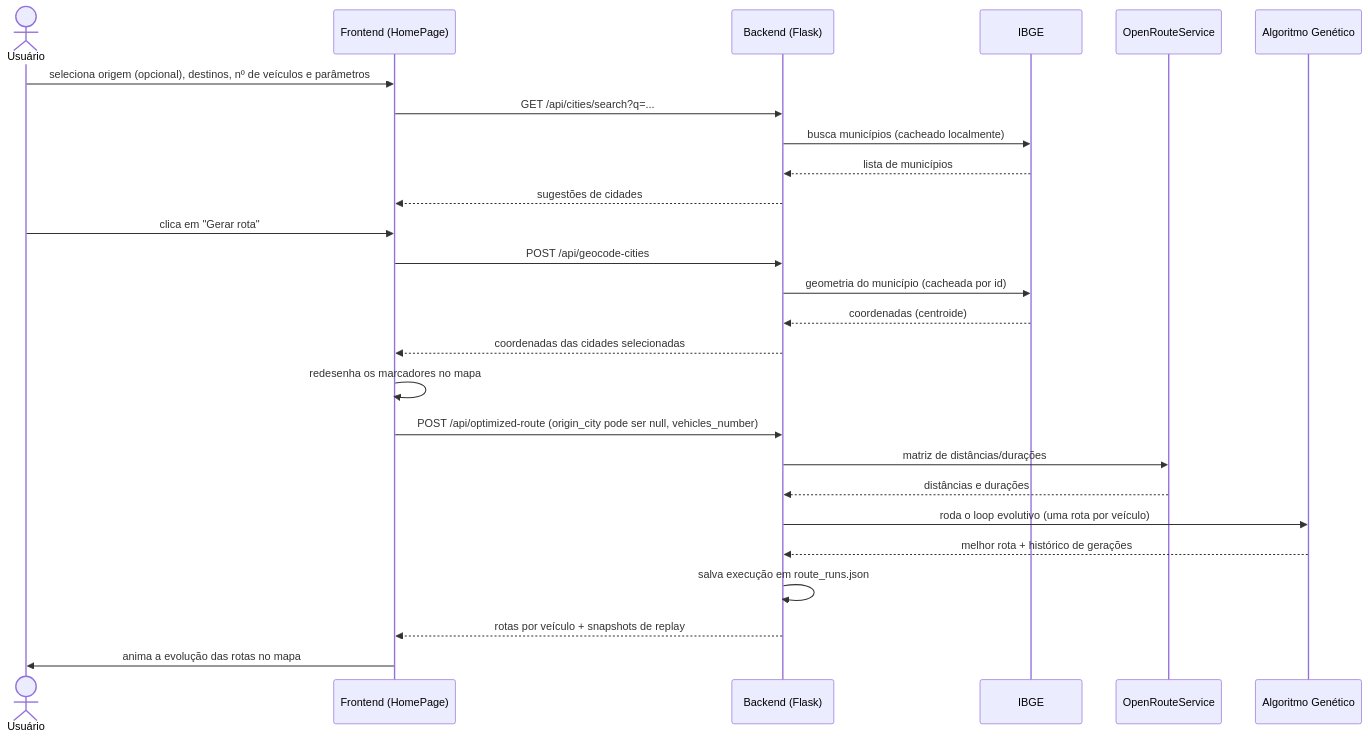
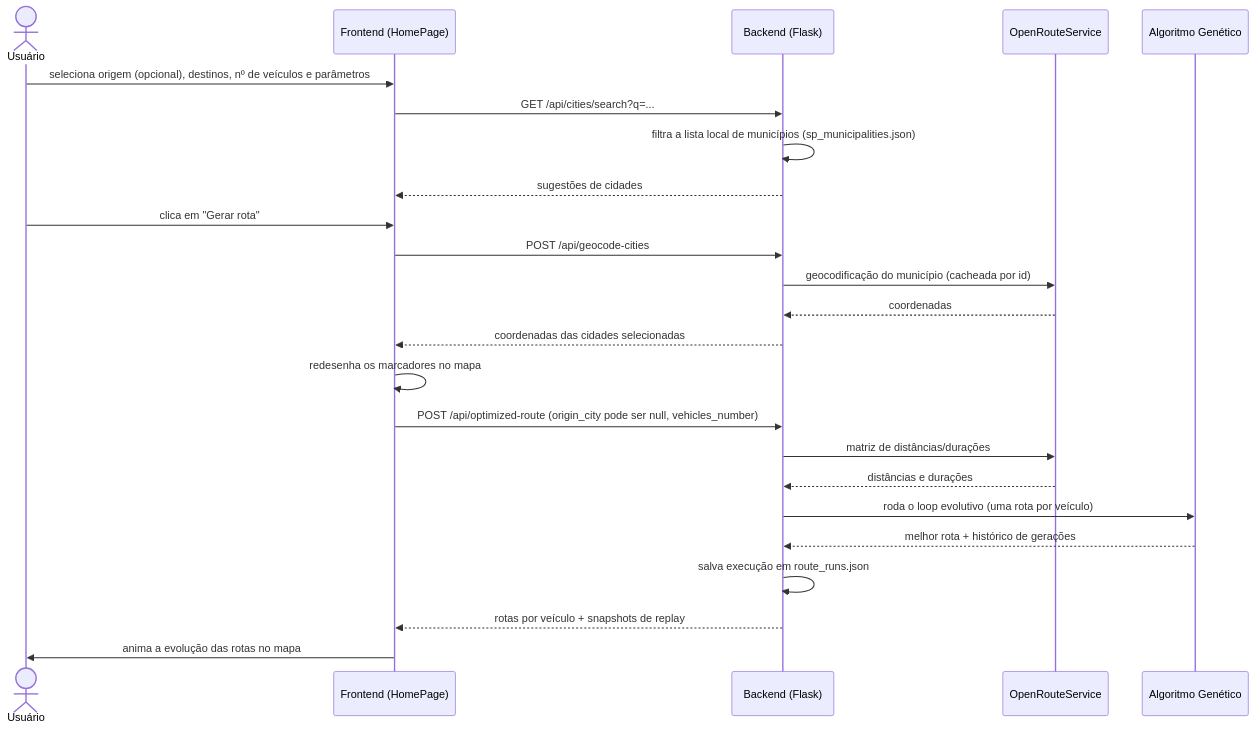
The second of 4 diagrams in docs/ARCHITECTURE.md (bmgbianca/tech_challenge_fase2), drawn with Mermaid before and after one commit. The commit also changed other lines of this file and 5 other files, not shown here.

````diff
--- a/docs/ARCHITECTURE.md
+++ b/docs/ARCHITECTURE.md
@@ -108,31 +109,29 @@
 ```mermaid
 sequenceDiagram
     actor Usuário
     participant FE as Frontend (HomePage)
     participant API as Backend (Flask)
-    participant IBGE
     participant ORS as OpenRouteService
     participant GA as Algoritmo Genético
 
     Usuário->>FE: seleciona origem (opcional), destinos, nº de veículos e parâmetros
     FE->>API: GET /api/cities/search?q=...
-    API->>IBGE: busca municípios (cacheado localmente)
-    IBGE-->>API: lista de municípios
+    API->>API: filtra a lista local de municípios (sp_municipalities.json)
     API-->>FE: sugestões de cidades
 
     Usuário->>FE: clica em "Gerar rota"
     FE->>API: POST /api/geocode-cities
-    API->>IBGE: geometria do município (cacheada por id)
-    IBGE-->>API: coordenadas (centroide)
+    API->>ORS: geocodificação do município (cacheada por id)
+    ORS-->>API: coordenadas
     API-->>FE: coordenadas das cidades selecionadas
     FE->>FE: redesenha os marcadores no mapa
 
     FE->>API: POST /api/optimized-route (origin_city pode ser null, vehicles_number)
     API->>ORS: matriz de distâncias/durações
     ORS-->>API: distâncias e durações
     API->>GA: roda o loop evolutivo (uma rota por veículo)
     GA-->>API: melhor rota + histórico de gerações
     API->>API: salva execução em route_runs.json
     API-->>FE: rotas por veículo + snapshots de replay
     FE->>Usuário: anima a evolução das rotas no mapa
 ```
````
